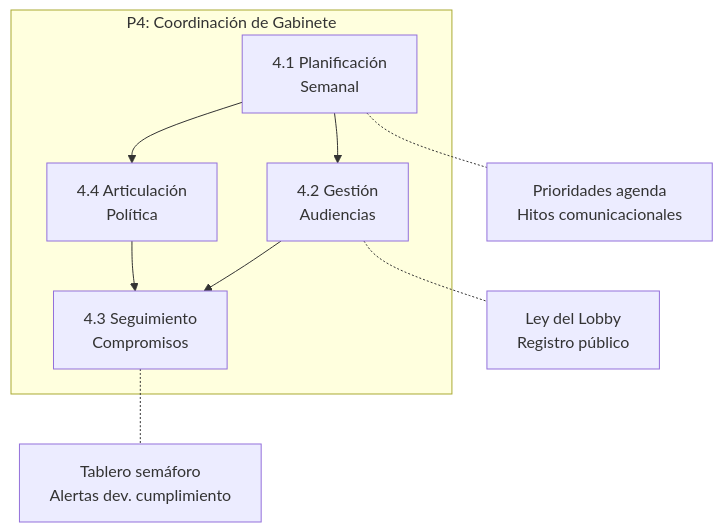
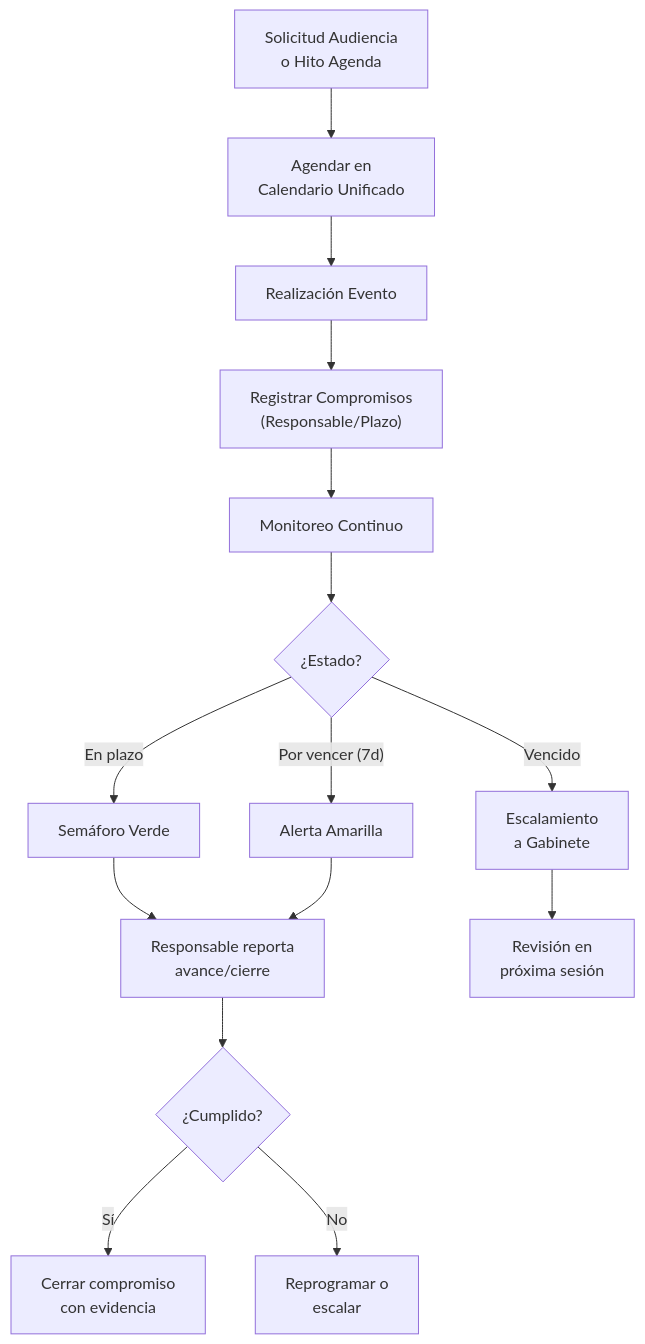
One commit to felix-antonio-sl/gore_os changed the sixth of 7 diagrams in docs/blueprint/domains/domain_d-gob.md. Above: the diagram before and after it, drawn with Mermaid. The commit also changed other lines of this file and 18 other files, not shown here.

````diff
--- a/docs/blueprint/domains/domain_d-gob.md
+++ b/docs/blueprint/domains/domain_d-gob.md
@@ -219,18 +261,17 @@
 ```mermaid
-flowchart TB
-    subgraph P4["P4: Coordinación de Gabinete"]
-        P4_1["4.1 Planificación<br/>Semanal"]
-        P4_2["4.2 Gestión<br/>Audiencias"]
-        P4_3["4.3 Seguimiento<br/>Compromisos"]
-        P4_4["4.4 Articulación<br/>Política"]
-    end
-
-    P4_1 --> P4_2
-    P4_1 --> P4_4
-    P4_2 --> P4_3
-    P4_4 --> P4_3
-
-    P4_1 -.- N1["Prioridades agenda<br/>Hitos comunicacionales"]
-    P4_2 -.- N2["Ley del Lobby<br/>Registro público"]
-    P4_3 -.- N3["Tablero semáforo<br/>Alertas dev. cumplimiento"]
+flowchart TD
+    A["Solicitud Audiencia<br/>o Hito Agenda"] --> B["Agendar en<br/>Calendario Unificado"]
+    B --> C["Realización Evento"]
+    C --> D["Registrar Compromisos<br/>(Responsable/Plazo)"]
+    D --> E["Monitoreo Continuo"]
+    E --> F{"¿Estado?"}
+    F -->|"En plazo"| G["Semáforo Verde"]
+    F -->|"Por vencer (7d)"| H["Alerta Amarilla"]
+    F -->|"Vencido"| I["Escalamiento<br/>a Gabinete"]
+    G --> J["Responsable reporta<br/>avance/cierre"]
+    H --> J
+    I --> K["Revisión en<br/>próxima sesión"]
+    J --> L{"¿Cumplido?"}
+    L -->|"Sí"| M["Cerrar compromiso<br/>con evidencia"]
+    L -->|"No"| N["Reprogramar o<br/>escalar"]
 ```
````
